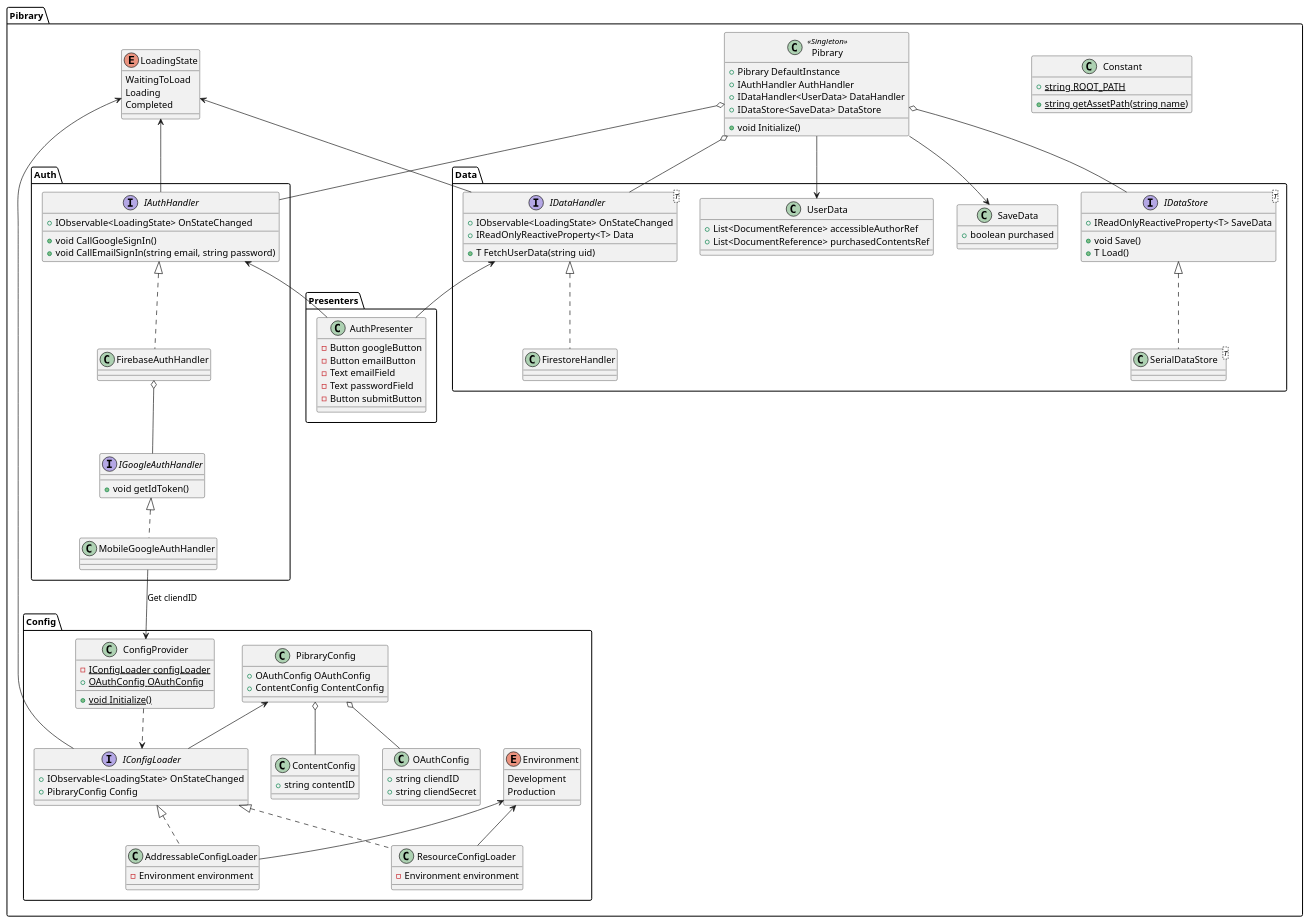
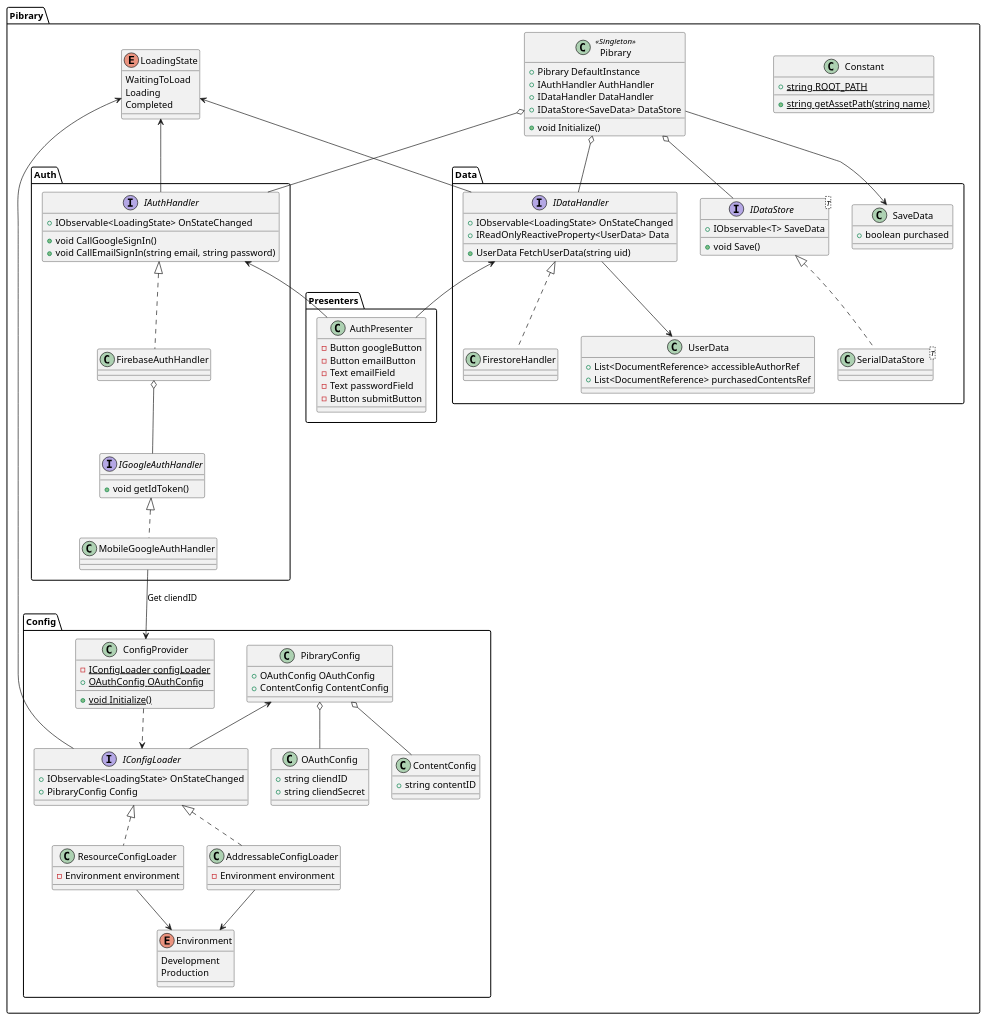
One commit to Harineko0/pibrary-for-unity-fixed changed the diagram in pibrary-for-unity.pu. Above: the diagram before and after it, drawn with PlantUML. The commit also changed 4 other files, not shown here.

Commit message:
[Modify] Modify type of IDataStore.SaveData to IObservable<T>.

```diff
--- a/pibrary-for-unity.pu
+++ b/pibrary-for-unity.pu
@@ -1,146 +1,146 @@
 @startuml pibrary-for-unity
 namespace Pibrary {
     class Constant {
         {static} + string ROOT_PATH
         {static} + string getAssetPath(string name)
     }
 
     class Pibrary<<Singleton>> {
         + Pibrary DefaultInstance
         + IAuthHandler AuthHandler
-        + IDataHandler<UserData> DataHandler
+        + IDataHandler DataHandler
         + IDataStore<SaveData> DataStore
         + void Initialize()
         
     }
 
     enum LoadingState {
         WaitingToLoad
         Loading
         Completed
     }
 }
 
 namespace Pibrary.Config {
     enum Environment
     {
         Development
         Production
     }
 
     interface IConfigLoader {
         + IObservable<LoadingState> OnStateChanged
         + PibraryConfig Config
     }
 
     class AddressableConfigLoader implements IConfigLoader {
         - Environment environment
     }
 
     class ResourceConfigLoader implements IConfigLoader {
         - Environment environment
     }
 
     class ConfigProvider {
         {static} - IConfigLoader configLoader
         {static} + OAuthConfig OAuthConfig
         {static} + void Initialize()
     }
 
     class PibraryConfig {
         + OAuthConfig OAuthConfig
         + ContentConfig ContentConfig
     }
 
     class OAuthConfig {
         + string cliendID
         + string cliendSecret
     }
 
     class ContentConfig {
         + string contentID
     }
 
     PibraryConfig <-- IConfigLoader
     ConfigProvider ..> IConfigLoader
     PibraryConfig o-- ContentConfig
     PibraryConfig o-- OAuthConfig
-    Environment <-- AddressableConfigLoader
-    Environment <-- ResourceConfigLoader
+    Environment <-u- AddressableConfigLoader
+    Environment <-u- ResourceConfigLoader
 }
 
 namespace Pibrary.Auth {
     interface IAuthHandler {
         + IObservable<LoadingState> OnStateChanged 
         + void CallGoogleSignIn()
         + void CallEmailSignIn(string email, string password)
     }
 
     class FirebaseAuthHandler implements IAuthHandler {
 
     }
 
     interface IGoogleAuthHandler {
         + void getIdToken()
     }
     
     class MobileGoogleAuthHandler implements IGoogleAuthHandler {
 
     }
 
     FirebaseAuthHandler o-- IGoogleAuthHandler
 }
 
 namespace Pibrary.Data {
     class UserData {
         + List<DocumentReference> accessibleAuthorRef
         + List<DocumentReference> purchasedContentsRef
     }
 
     class SaveData {
         + boolean purchased
     }
 
-    interface IDataHandler<T> {
+    interface IDataHandler {
         + IObservable<LoadingState> OnStateChanged 
-        + IReadOnlyReactiveProperty<T> Data
-        + T FetchUserData(string uid)
+        + IReadOnlyReactiveProperty<UserData> Data
+        + UserData FetchUserData(string uid)
     }
 
     class FirestoreHandler implements IDataHandler {
 
     }
 
     interface IDataStore<T> {
-        + IReadOnlyReactiveProperty<T> SaveData
+        + IObservable<T> SaveData
         + void Save()
-        + T Load()
     }
 
     class SerialDataStore<T> implements IDataStore {
 
     }
+
+    UserData <-u- IDataHandler
 }
 
 namespace Pibrary.Presenters {
     class AuthPresenter {
         - Button googleButton
         - Button emailButton
         - Text emailField
         - Text passwordField
         - Button submitButton
     }
 }
 
 Pibrary.Pibrary o-- Pibrary.Auth.IAuthHandler
 Pibrary.Pibrary o-- Pibrary.Data.IDataHandler
 Pibrary.Pibrary o-- Pibrary.Data.IDataStore
 Pibrary.Auth.IAuthHandler <-- Pibrary.Presenters.AuthPresenter
 Pibrary.Data.IDataHandler <-- Pibrary.Presenters.AuthPresenter
 Pibrary.Data.SaveData <-- Pibrary.Pibrary
-Pibrary.Data.UserData <-- Pibrary.Pibrary
 Pibrary.LoadingState <-- Pibrary.Data.IDataHandler
 Pibrary.LoadingState <-- Pibrary.Auth.IAuthHandler
 Pibrary.LoadingState <-- Pibrary.Config.IConfigLoader
 Pibrary.Auth.MobileGoogleAuthHandler --> Pibrary.Config.ConfigProvider : Get cliendID
 @enduml
```
